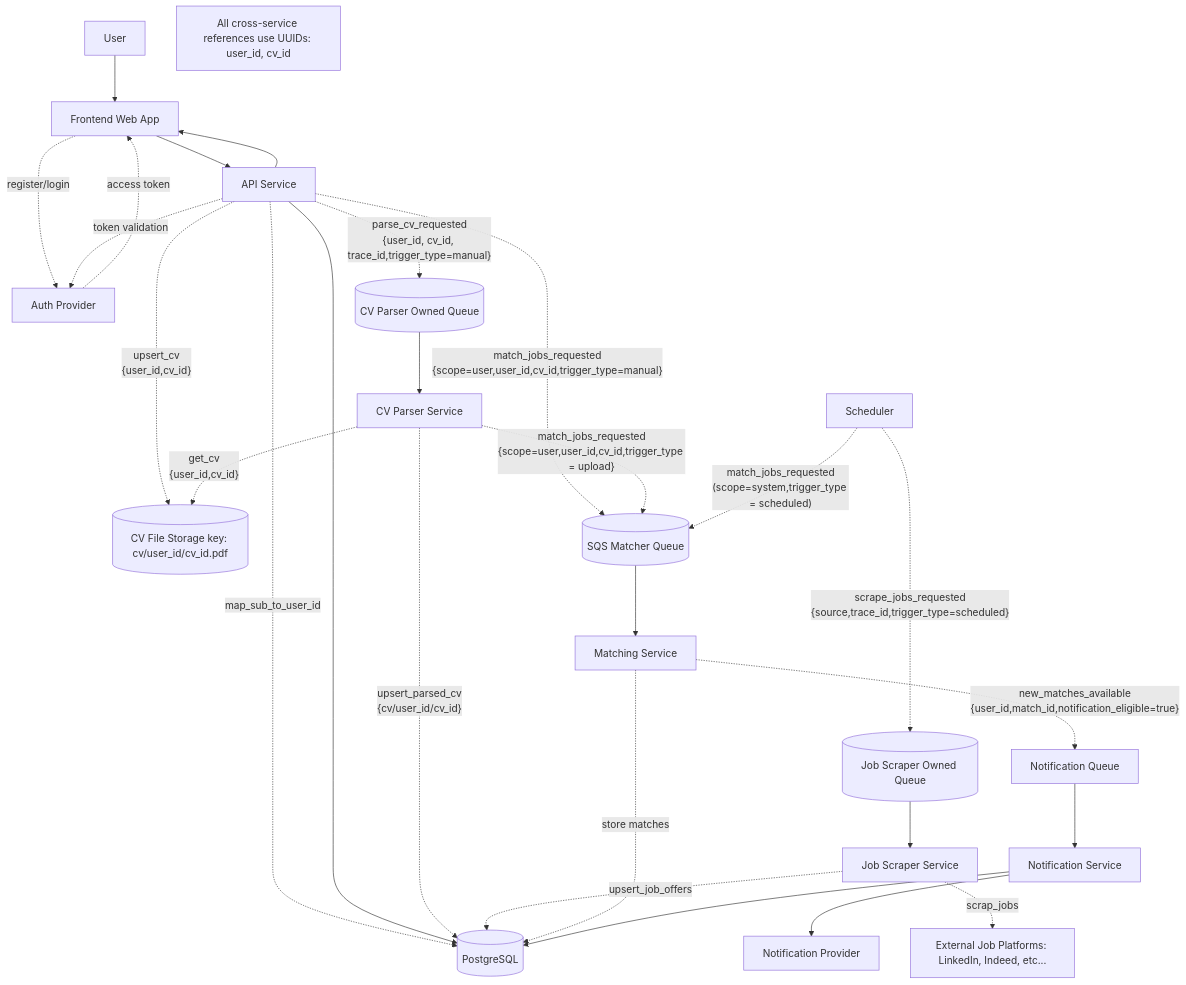
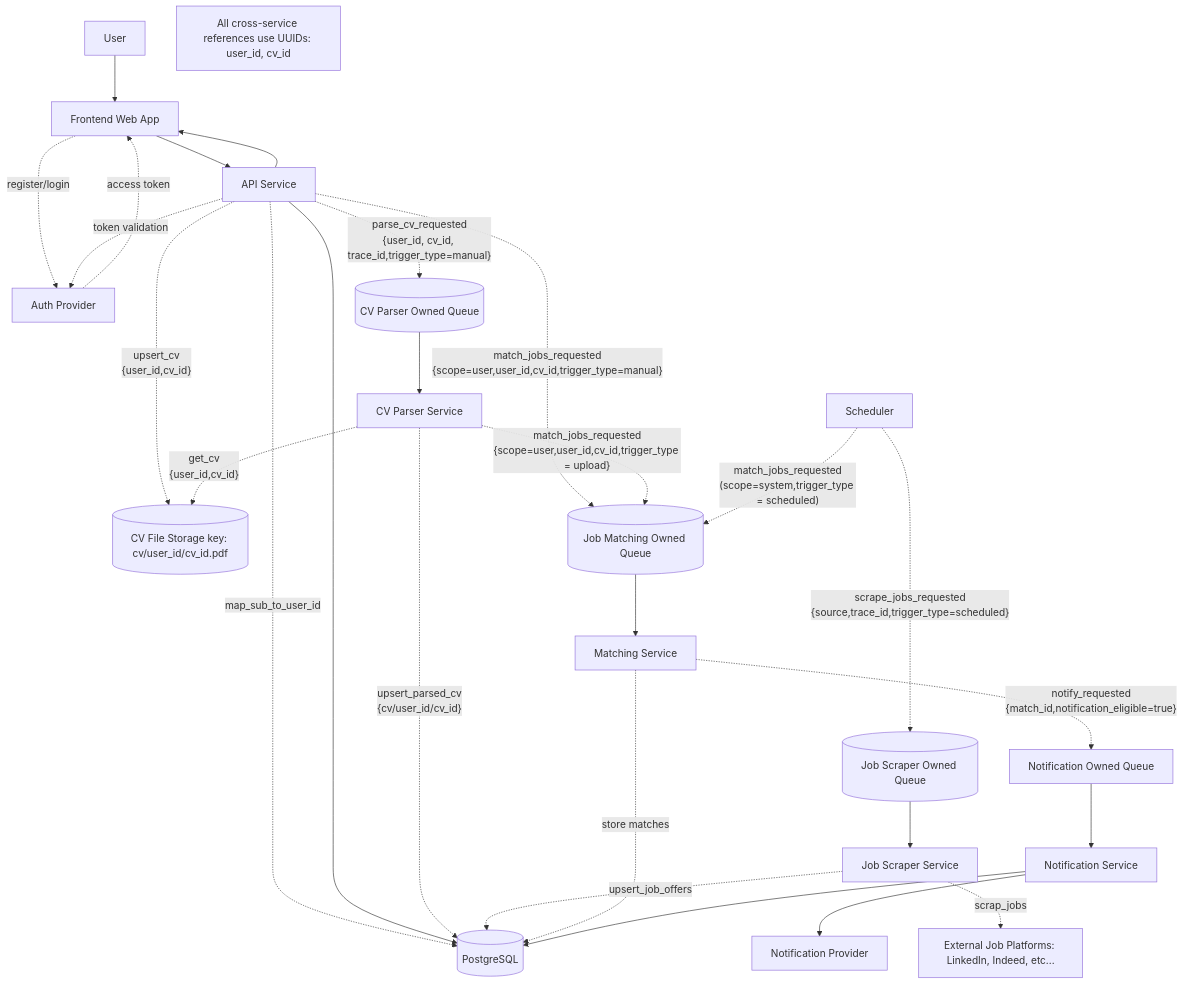
The diagram in docs/02-architecture/integration-diagram.md (Kilianrm/cv-match), drawn with Mermaid before and after one commit. The commit also changed 1 other file, not shown here.

Commit message:
doc: improvement in system definition

````diff
--- a/docs/02-architecture/integration-diagram.md
+++ b/docs/02-architecture/integration-diagram.md
@@ -3,39 +3,39 @@
 ```mermaid
 flowchart TB
   U[User] --> FE[Frontend Web App]
   FE -. register/login .-> AUTH[Auth Provider]
   AUTH -. access token .-> FE
   FE --> API[API Service]
   API -. token validation .-> AUTH
   EB[Scheduler]
   NOTE1[All cross-service references use UUIDs: user_id, cv_id]
 
   API -. upsert_cv\n{user_id,cv_id} .-> S3[(CV File Storage key: cv/user_id/cv_id.pdf)]
   API -. map_sub_to_user_id .-> RDS
   API --> RDS[(PostgreSQL)]
 
   API -. parse_cv_requested\n{user_id, cv_id, trace_id,trigger_type=manual} .-> QP[(CV Parser Owned Queue)]
   EB -. scrape_jobs_requested\n{source,trace_id,trigger_type=scheduled} .-> QS[(Job Scraper Owned Queue)]
-  API -. match_jobs_requested\n{scope=user,user_id,cv_id,trigger_type=manual} .-> QM[(SQS Matcher Queue)]
+  API -. match_jobs_requested\n{scope=user,user_id,cv_id,trigger_type=manual} .-> QM[(Job Matching Owned Queue)]
 
   QP --> PARSER[CV Parser Service]
   QS --> SCRAPER[Job Scraper Service]
   QM --> MATCHER[Matching Service]
 
   PARSER -. get_cv\n{user_id,cv_id}.-> S3
   PARSER -. upsert_parsed_cv\n{cv/user_id/cv_id} .-> RDS
   PARSER -. match_jobs_requested\n{scope=user,user_id,cv_id,trigger_type = upload} .-> QM
   SCRAPER -. upsert_job_offers.-> RDS
   EB -. match_jobs_requested\n(scope=system,trigger_type = scheduled) .-> QM
   MATCHER -. store matches .-> RDS
-MATCHER -. new_matches_available\n{user_id,match_id,notification_eligible=true} .-> NQ[Notification Queue]
+MATCHER -. notify_requested\n{match_id,notification_eligible=true} .-> NQ[Notification Owned Queue]
 
   SCRAPER -. scrap_jobs.-> JOBS[External Job Platforms: LinkedIn, Indeed, etc...]
 
   %% Notification is sent only when matcher publishes new_matches_available
   NQ --> NOTIFICATION[Notification Service]
   NOTIFICATION --> SES[Notification Provider]
   NOTIFICATION --> RDS
 
   API --> FE
 ```
````
